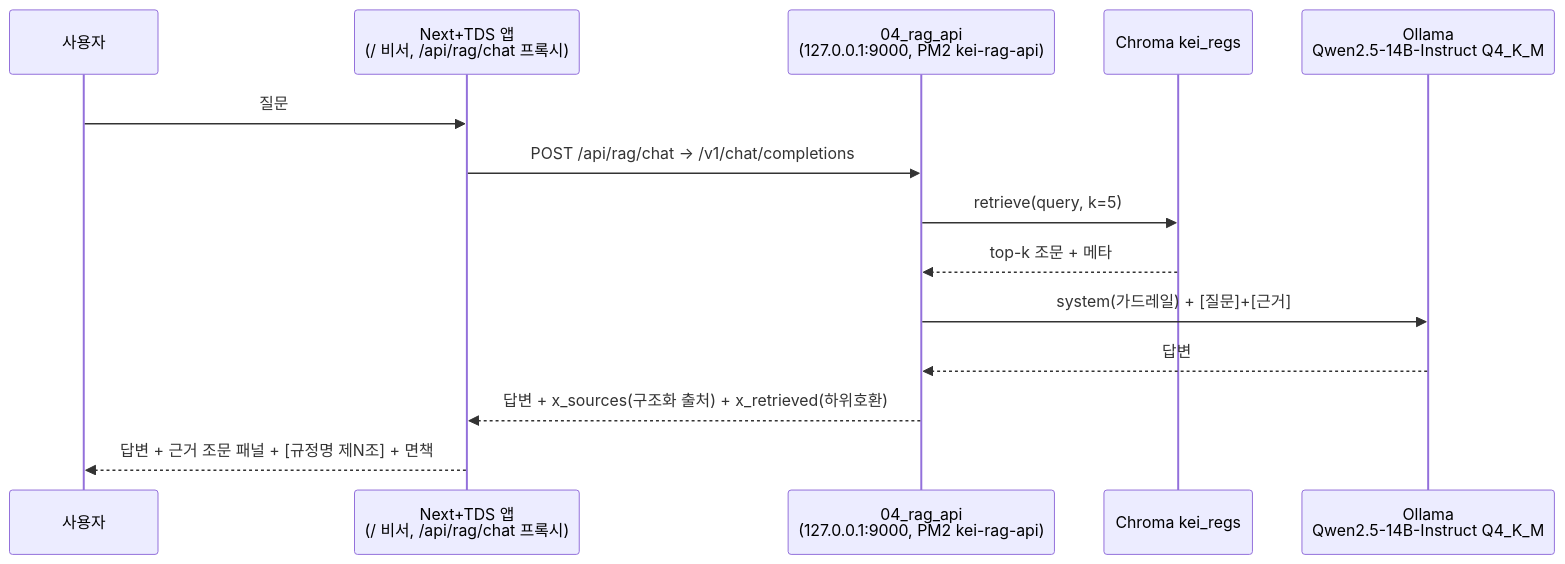
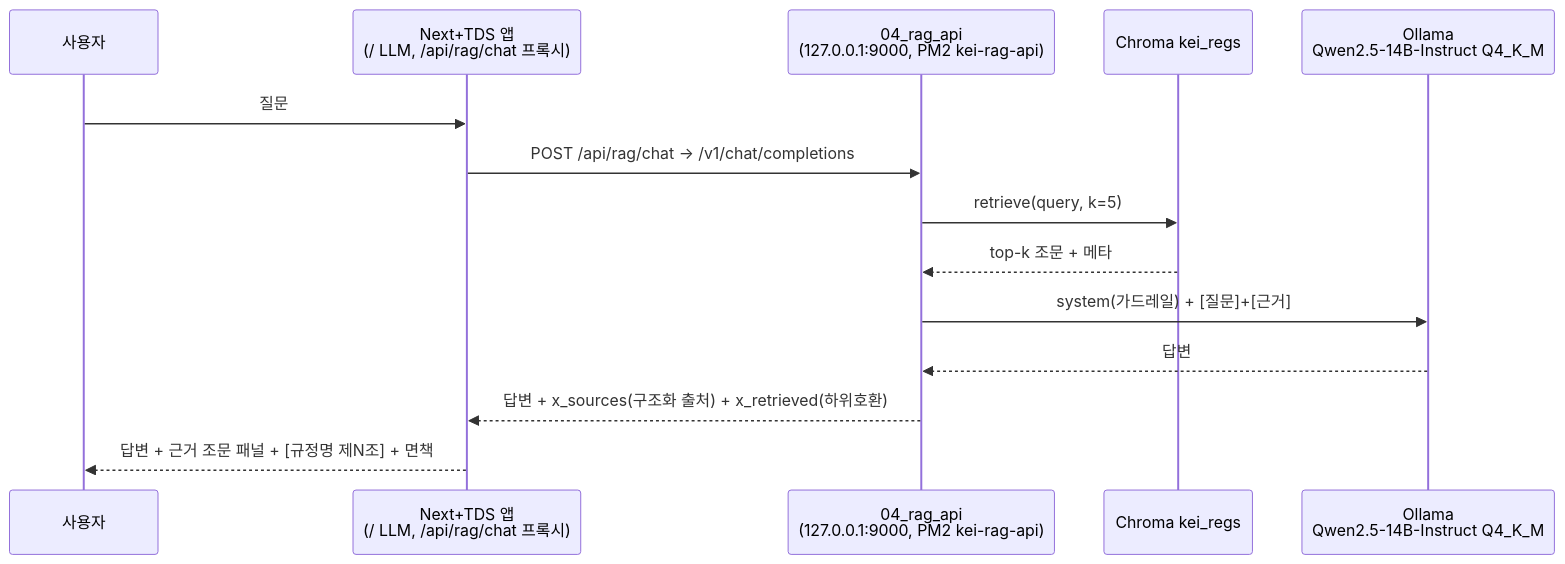
Before and after one commit to mooner92/KEIAdminSuperv: the second of 4 diagrams in docs/05-rag-design.md, drawn with Mermaid. The commit also changed other lines of this file and 50 other files, not shown here.

````diff
--- a/docs/05-rag-design.md
+++ b/docs/05-rag-design.md
@@ -254,16 +254,16 @@
 ```mermaid
 sequenceDiagram
   participant U as 사용자
-  participant W as Next+TDS 앱<br/>(/ 비서, /api/rag/chat 프록시)
+  participant W as Next+TDS 앱<br/>(/ LLM, /api/rag/chat 프록시)
   participant A as 04_rag_api<br/>(127.0.0.1:9000, PM2 kei-rag-api)
   participant C as Chroma kei_regs
   participant V as Ollama<br/>Qwen2.5-14B-Instruct Q4_K_M
   U->>W: 질문
   W->>A: POST /api/rag/chat → /v1/chat/completions
   A->>C: retrieve(query, k=5)
   C-->>A: top-k 조문 + 메타
   A->>V: system(가드레일) + [질문]+[근거]
   V-->>A: 답변
   A-->>W: 답변 + x_sources(구조화 출처) + x_retrieved(하위호환)
   W-->>U: 답변 + 근거 조문 패널 + [규정명 제N조] + 면책
 ```
````
